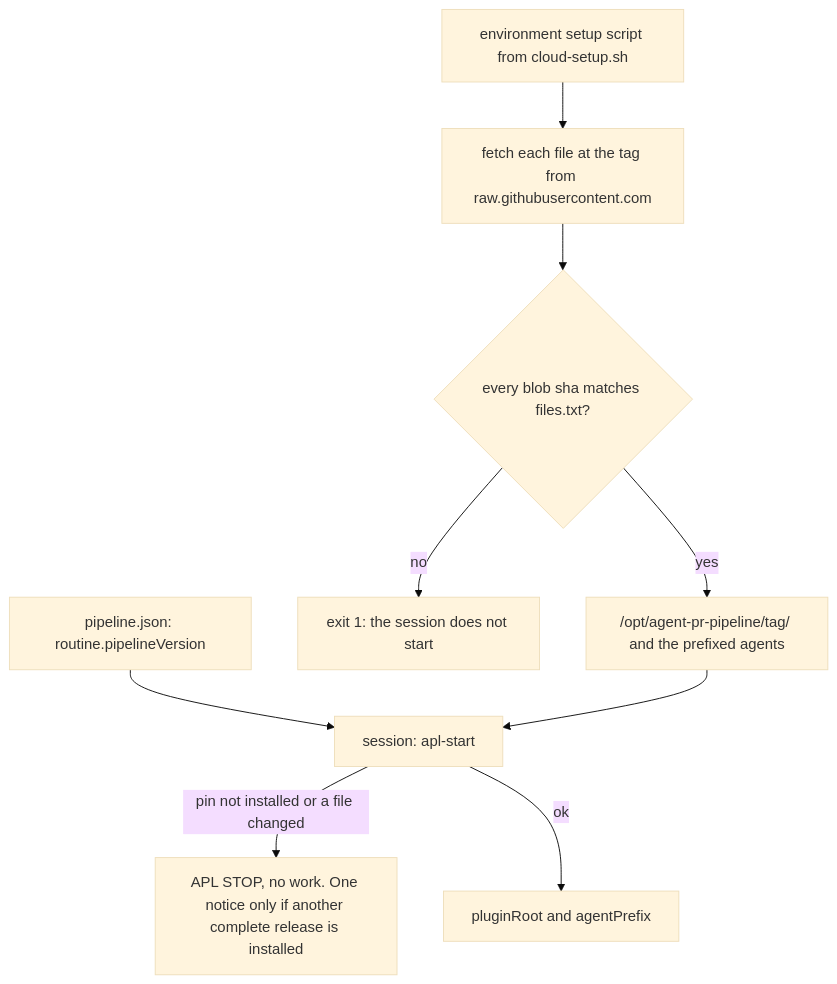
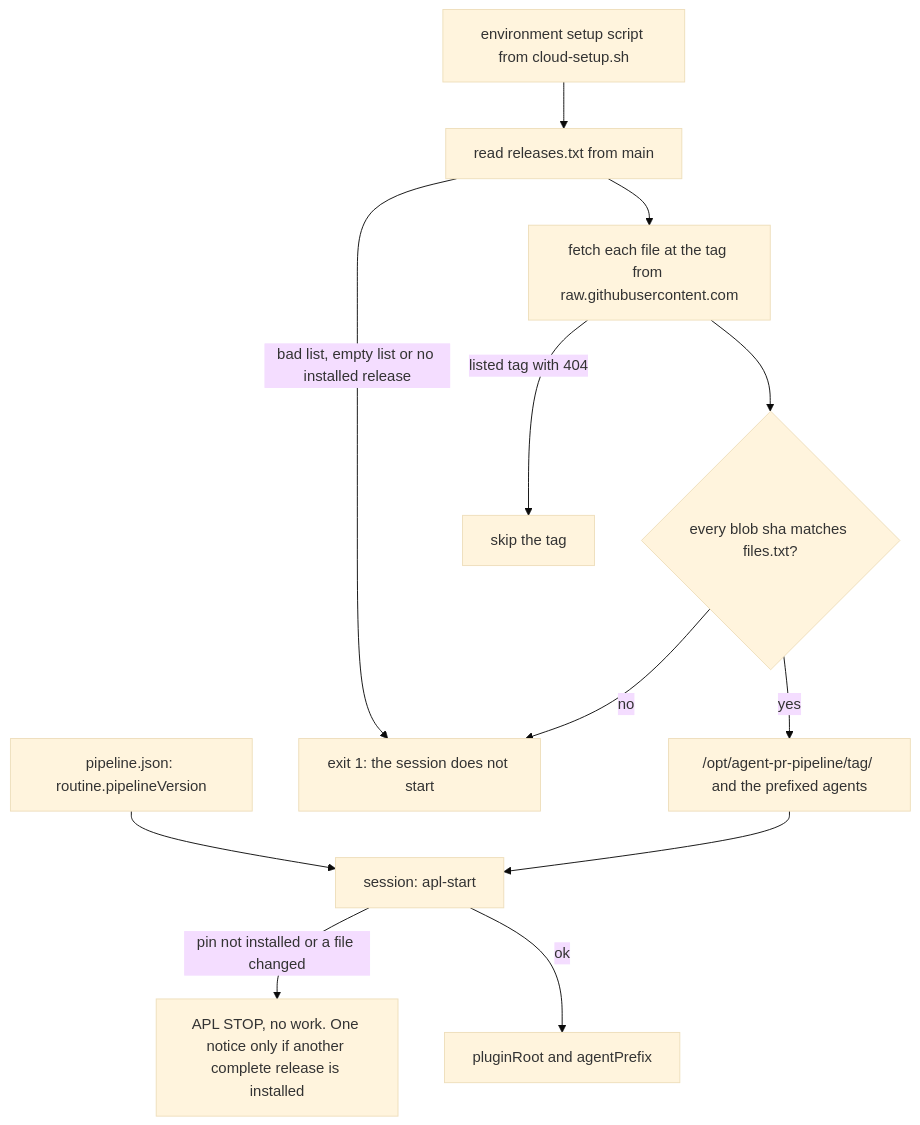
One commit to alfhen/agent-pr-pipeline changed the second of 3 diagrams in docs/cloud-routines.md. Above: the diagram before and after it, drawn with Mermaid (base theme). The commit also changed other lines of this file and 2 other files, not shown here.

First line of the commit message:
Correct the cloud routines docs, the explainer and the README (#510)

````diff
--- a/docs/cloud-routines.md
+++ b/docs/cloud-routines.md
@@ -128,11 +132,14 @@
 ```mermaid
 flowchart TD
   P[pipeline.json: routine.pipelineVersion] --> S
-  E[environment setup script from cloud-setup.sh] --> F[fetch each file at the tag from raw.githubusercontent.com]
+  E[environment setup script from cloud-setup.sh] --> L[read releases.txt from main]
+  L -- bad list, empty list or no installed release --> X
+  L --> F[fetch each file at the tag from raw.githubusercontent.com]
+  F -- listed tag with 404 --> K[skip the tag]
   F --> V{every blob sha matches files.txt?}
   V -- no --> X[exit 1: the session does not start]
   V -- yes --> I["/opt/agent-pr-pipeline/tag/ and the prefixed agents"]
   I --> S[session: apl-start]
   S -- pin not installed or a file changed --> Y[APL STOP, no work. One notice only if another complete release is installed]
   S -- ok --> W[pluginRoot and agentPrefix]
 ```
````
